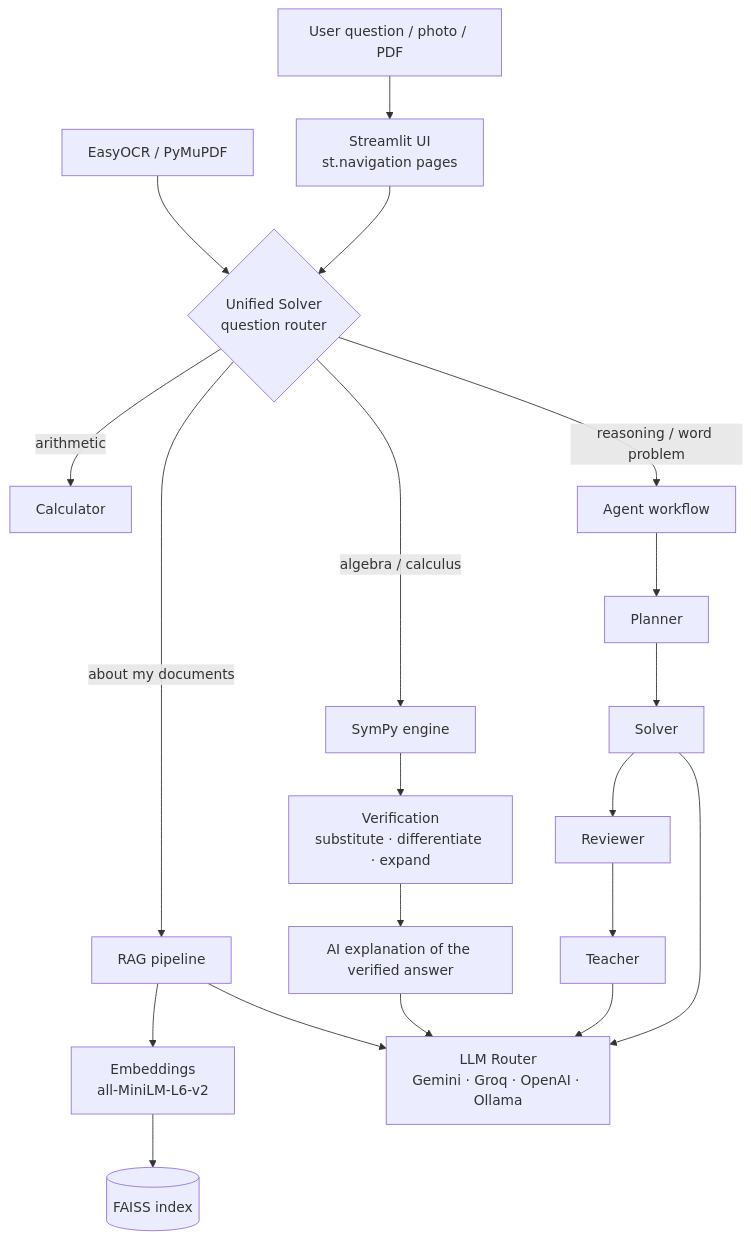
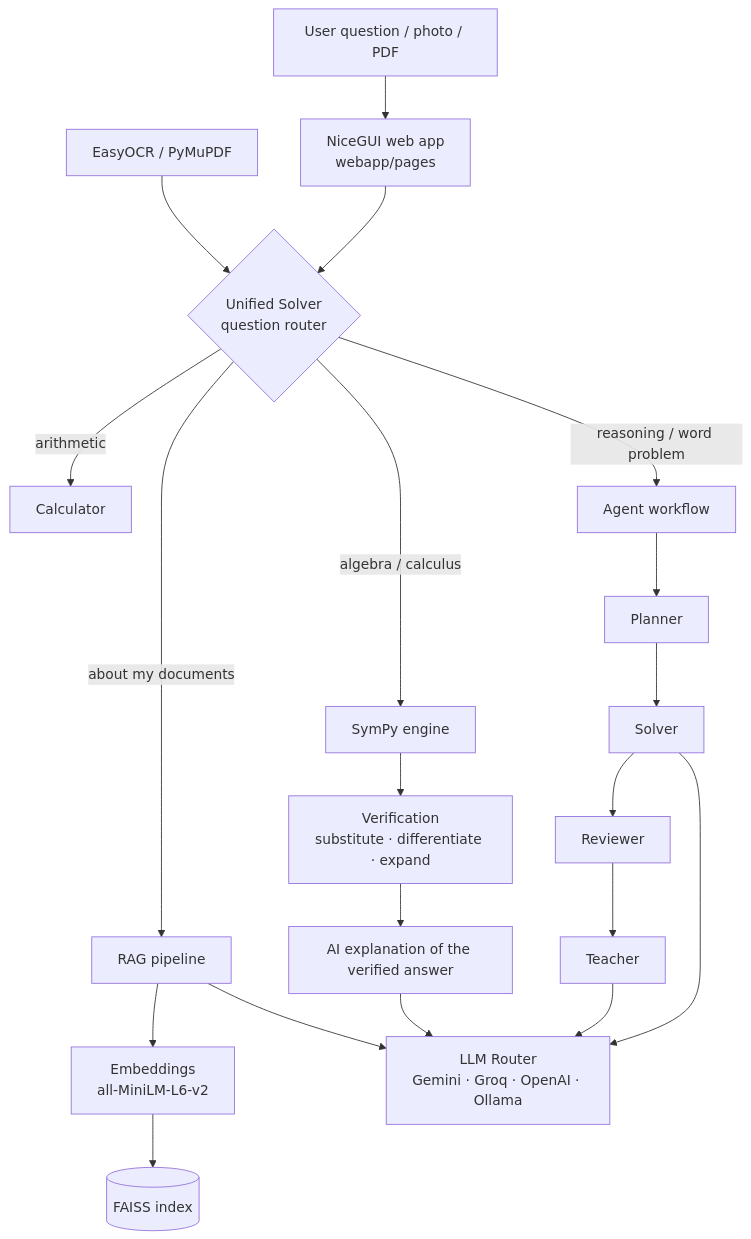
The diagram in README.md (DevanshBCA25/MathMind-AI), drawn with Mermaid before and after one commit. The commit also changed other lines of this file and 67 other files, not shown here.

First line of the commit message:
Move the web interface from Streamlit to NiceGUI

````diff
--- a/README.md
+++ b/README.md
@@ -55,15 +63,15 @@
 ```mermaid
 flowchart TD
-    U[User question / photo / PDF] --> UI[Streamlit UI<br/>st.navigation pages]
+    U[User question / photo / PDF] --> UI[NiceGUI web app<br/>webapp/pages]
     UI --> R{Unified Solver<br/>question router}
     R -->|arithmetic| C[Calculator]
     R -->|algebra / calculus| S[SymPy engine]
     R -->|about my documents| RAG[RAG pipeline]
     R -->|reasoning / word problem| A[Agent workflow]
     S --> V[Verification<br/>substitute · differentiate · expand]
     V --> T[AI explanation of the verified answer]
     RAG --> E[Embeddings<br/>all-MiniLM-L6-v2] --> F[(FAISS index)]
     A --> P[Planner] --> SO[Solver] --> RE[Reviewer] --> TE[Teacher]
     SO & TE & T & RAG --> L[LLM Router<br/>Gemini · Groq · OpenAI · Ollama]
     OCR[EasyOCR / PyMuPDF] --> R
 ```
````
